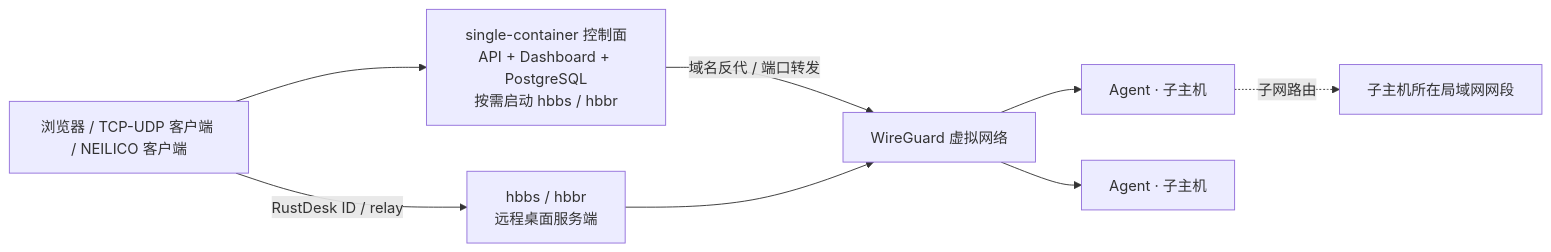
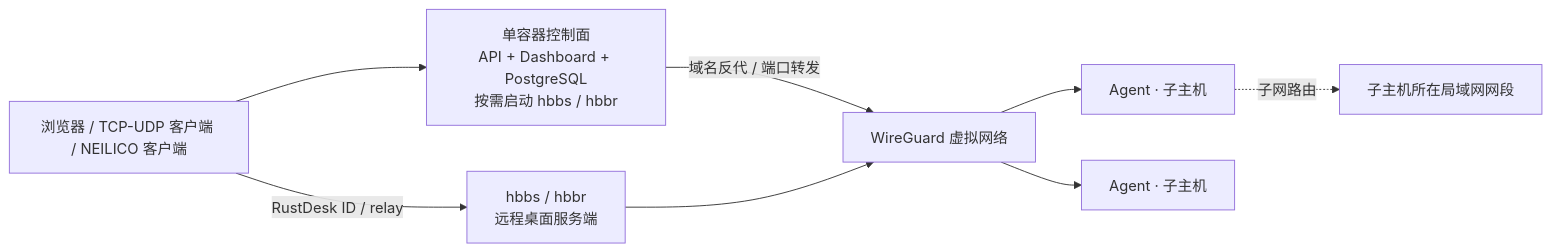
The diagram in README.zh-CN.md (aceneil/neilico), drawn with Mermaid before and after one commit. The commit also changed other lines of this file and 12 other files, not shown here.

````diff
--- a/README.zh-CN.md
+++ b/README.zh-CN.md
@@ -36,10 +38,10 @@
 ```mermaid
 flowchart LR
-  U[浏览器 / TCP-UDP 客户端 / NEILICO 客户端] --> C[single-container 控制面<br/>API + Dashboard + PostgreSQL<br/>按需启动 hbbs / hbbr]
+  U[浏览器 / TCP-UDP 客户端 / NEILICO 客户端] --> C[单容器控制面<br/>API + Dashboard + PostgreSQL<br/>按需启动 hbbs / hbbr]
   C -->|域名反代 / 端口转发| W[WireGuard 虚拟网络]
   W --> A1[Agent · 子主机]
   W --> A2[Agent · 子主机]
   A1 -.子网路由.-> L1[子主机所在局域网网段]
   U -->|RustDesk ID / relay| R[hbbs / hbbr<br/>远程桌面服务端]
   R --> W
 ```
````
